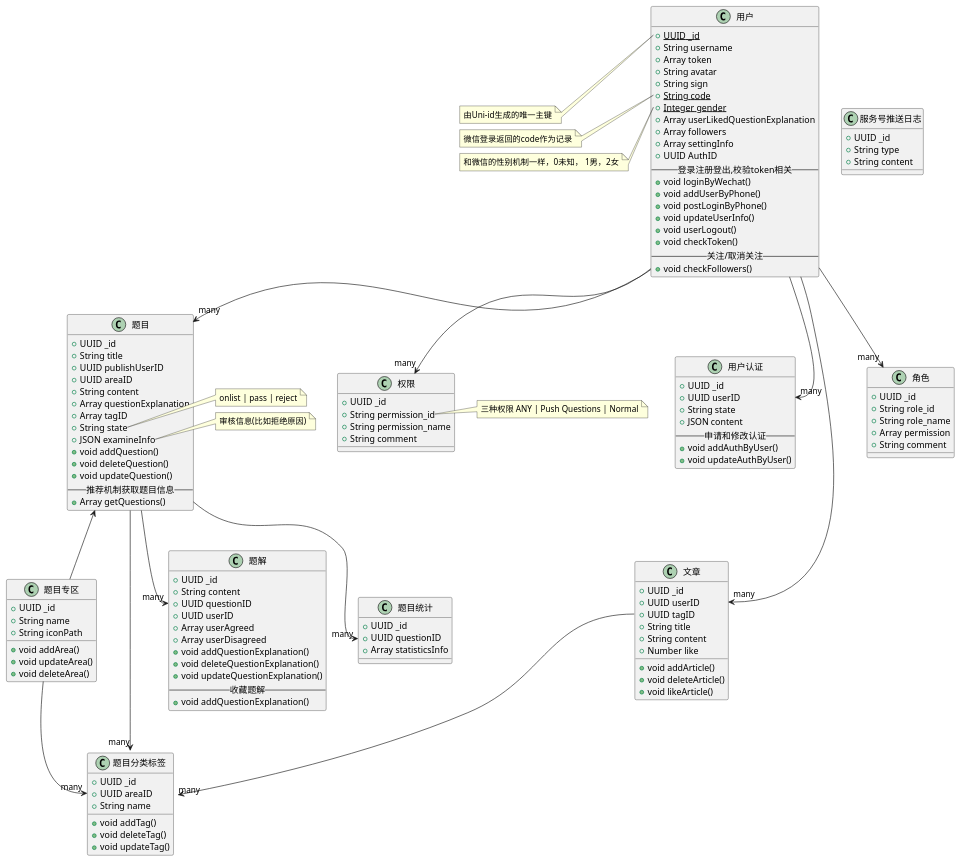
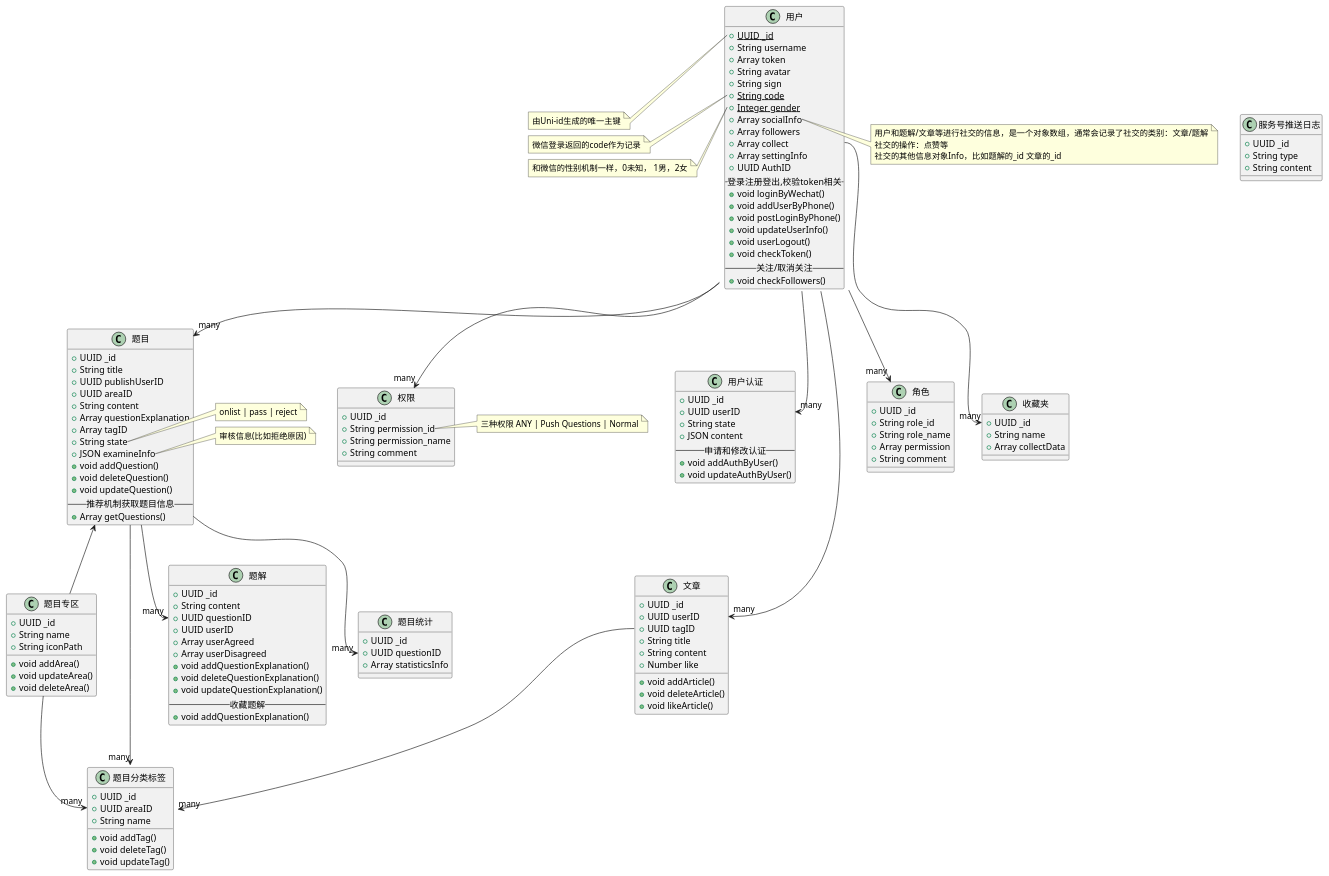
The diagram in doc/db/core.puml (swordjs/app), drawn with PlantUML before and after one commit.

Commit message:
[doc]修改了core类图，用户模块的收藏夹&社交信息字段

```diff
--- a/doc/db/core.puml
+++ b/doc/db/core.puml
@@ -1,144 +1,156 @@
 @startuml
 class 用户 {
     {static} +UUID _id
     +String username
     +Array token
     +String avatar
     +String sign
     {static} +String code
     {static} +Integer gender
-    +Array userLikedQuestionExplanation
+    +Array socialInfo
     +Array followers
+    +Array collect
     +Array settingInfo
     +UUID AuthID
     --登录注册登出,校验token相关--
     +void loginByWechat()
     +void addUserByPhone()
     +void postLoginByPhone()
     +void updateUserInfo()
     +void userLogout()
     +void checkToken()
     --关注/取消关注--
     +void checkFollowers()
+}
+class 收藏夹 {
+    +UUID _id
+    +String name
+    +Array collectData
 }
 class 用户认证{
     +UUID _id
     +UUID userID
     +String state
     +JSON content
     --申请和修改认证--
     +void addAuthByUser()
     +void updateAuthByUser()
 }
 class 题目专区 {
     +UUID _id
     +String name
     +String iconPath
     +void addArea()
     +void updateArea()
     +void deleteArea()
 }
 class 题目分类标签{
     +UUID _id
     +UUID areaID
     +String name
     +void addTag()
     +void deleteTag()
     +void updateTag()
 }
 class 题目 {
     +UUID _id
     +String title
     +UUID publishUserID
     +UUID areaID
     +String content
     +Array questionExplanation
     +Array tagID
     +String state
     +JSON examineInfo
     +void addQuestion()
     +void deleteQuestion()
     +void updateQuestion()
     --推荐机制获取题目信息--
     +Array getQuestions()
 }
 class 题解{
     +UUID _id
     +String content
     +UUID questionID
     +UUID userID
     +Array userAgreed
     +Array userDisagreed
     +void addQuestionExplanation()
     +void deleteQuestionExplanation()
     +void updateQuestionExplanation()
     --收藏题解--
     +void addQuestionExplanation()
 }
 
 
 class 文章{
     +UUID _id
     +UUID userID
     +UUID tagID
     +String title
     +String content
     +Number like
     +void addArticle()
     +void deleteArticle()
     +void likeArticle()
 }
 
 class 角色{
     +UUID _id
     +String role_id
     +String role_name
     +Array permission
     +String comment
 }
 class 权限{
     +UUID _id
     +String permission_id
     +String permission_name
     +String comment
 }
 class 题目统计{
     +UUID _id
     +UUID questionID
     +Array statisticsInfo
 }
 class 服务号推送日志{
     +UUID _id
     +String type
     +String content
 }
 题目专区 --> "many" 题目分类标签::areaID
 用户 --> "many" 题目
 用户 --> "many" 用户认证::userID
 用户 --> "many" 文章::userID
 用户 --> "many" 角色
+用户::collect --> "many" 收藏夹::_id
 用户 --> "many" 权限
 文章::tagID --> "many" 题目分类标签
 题目 --> "many" 题目分类标签
 题目 <-- 题目专区
 题目 --> "many" 题解::questionID
 题目 --> "many" 题目统计::questionID
 note left of 用户::_id
 由Uni-id生成的唯一主键
+end note
+note right of 用户::socialInfo
+用户和题解/文章等进行社交的信息，是一个对象数组，通常会记录了社交的类别：文章/题解
+社交的操作：点赞等
+社交的其他信息对象Info，比如题解的_id 文章的_id
 end note
 note left of 用户::code
 微信登录返回的code作为记录
 end note
 note left of 用户::gender
 和微信的性别机制一样，0未知， 1男，2女
 end note
 note right of 题目::state
 onlist | pass | reject
 end note
 note right of 题目::examineInfo
 审核信息(比如拒绝原因)
 end note
 note right of 权限::permission_id
 三种权限 ANY | Push Questions | Normal
 end note
 @enduml
```
